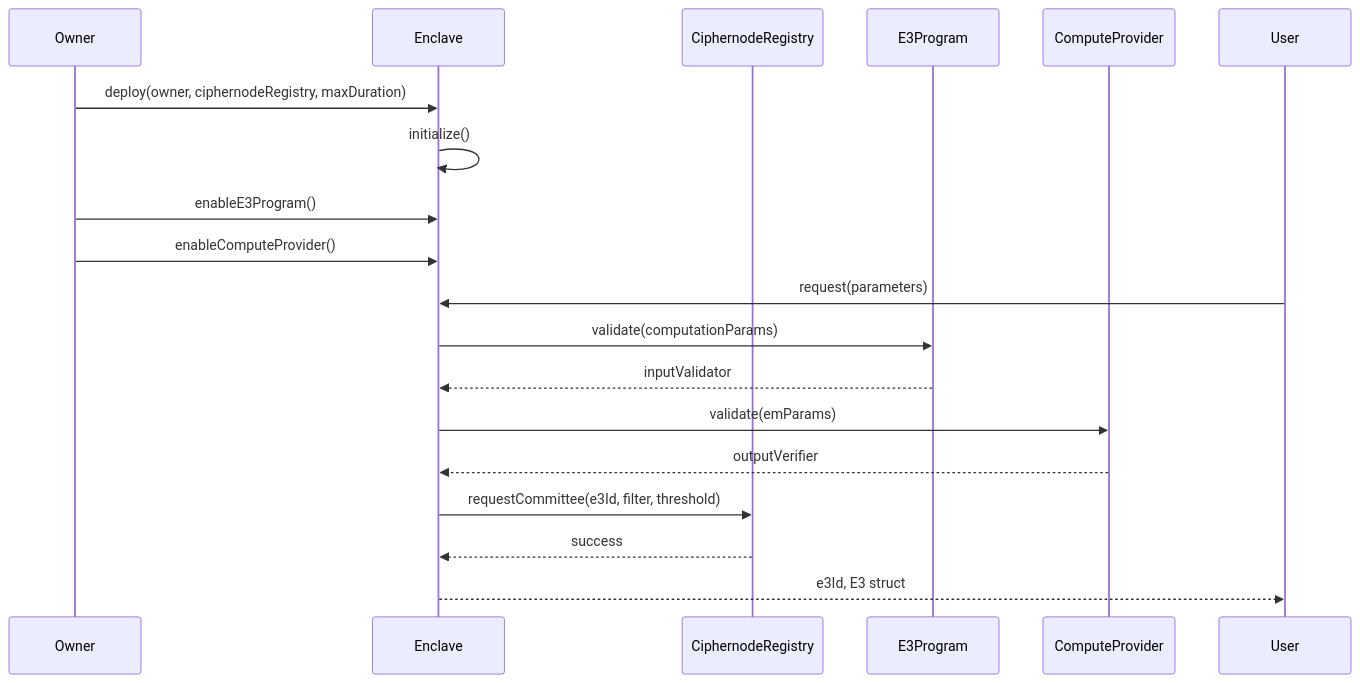
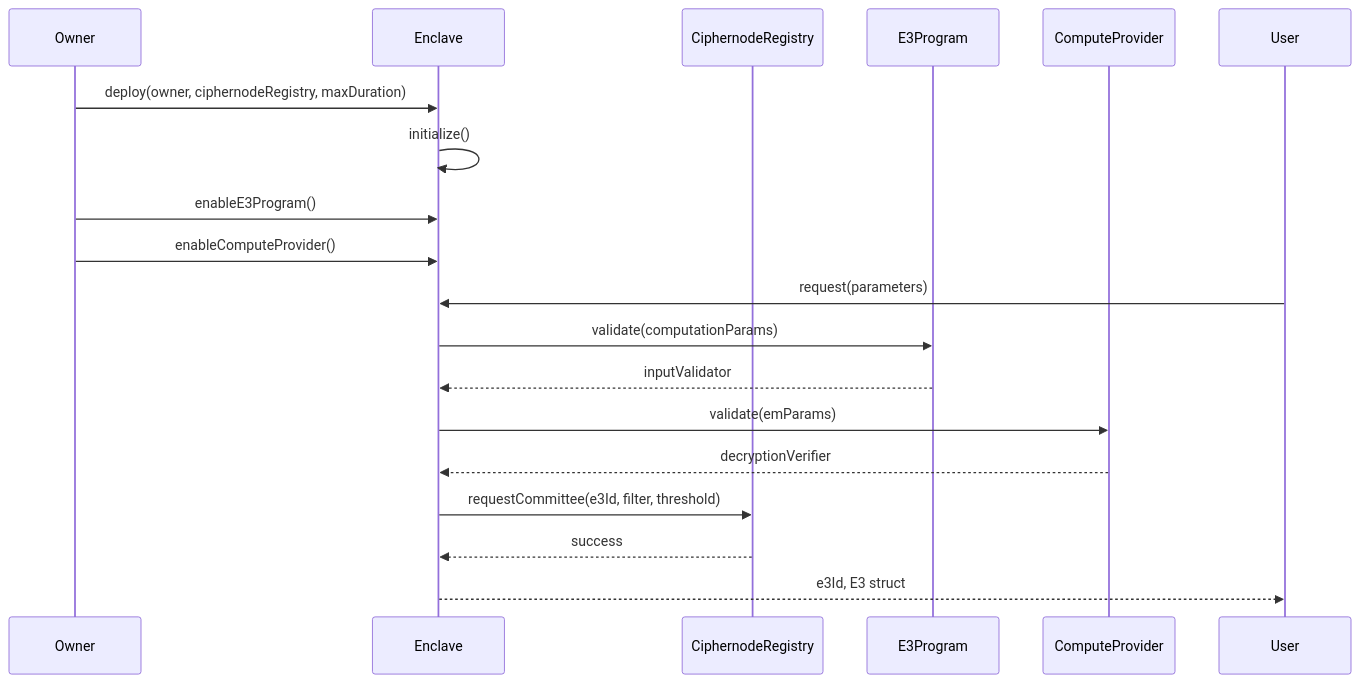
One commit to gnosisguild/enclave changed the second of 3 diagrams in README.md. Above: the diagram before and after it, drawn with Mermaid. The commit also changed other lines of this file and 9 other files, not shown here.

Commit message:
chore: rename OutputVerifier to DycryptionVerifier

````diff
--- a/README.md
+++ b/README.md
@@ -67,22 +67,22 @@
 ```mermaid
 sequenceDiagram
     participant Owner
     participant Enclave
     participant CiphernodeRegistry
     participant E3Program
     participant ComputeProvider
 
     Owner->>Enclave: deploy(owner, ciphernodeRegistry, maxDuration)
     Enclave->>Enclave: initialize()
     Owner->>Enclave: enableE3Program()
     Owner->>Enclave: enableComputeProvider()
 
     User->>Enclave: request(parameters)
     Enclave->>E3Program: validate(computationParams)
     E3Program-->>Enclave: inputValidator
     Enclave->>ComputeProvider: validate(emParams)
-    ComputeProvider-->>Enclave: outputVerifier
+    ComputeProvider-->>Enclave: decryptionVerifier
     Enclave->>CiphernodeRegistry: requestCommittee(e3Id, filter, threshold)
     CiphernodeRegistry-->>Enclave: success
     Enclave-->>User: e3Id, E3 struct
 ```
````
